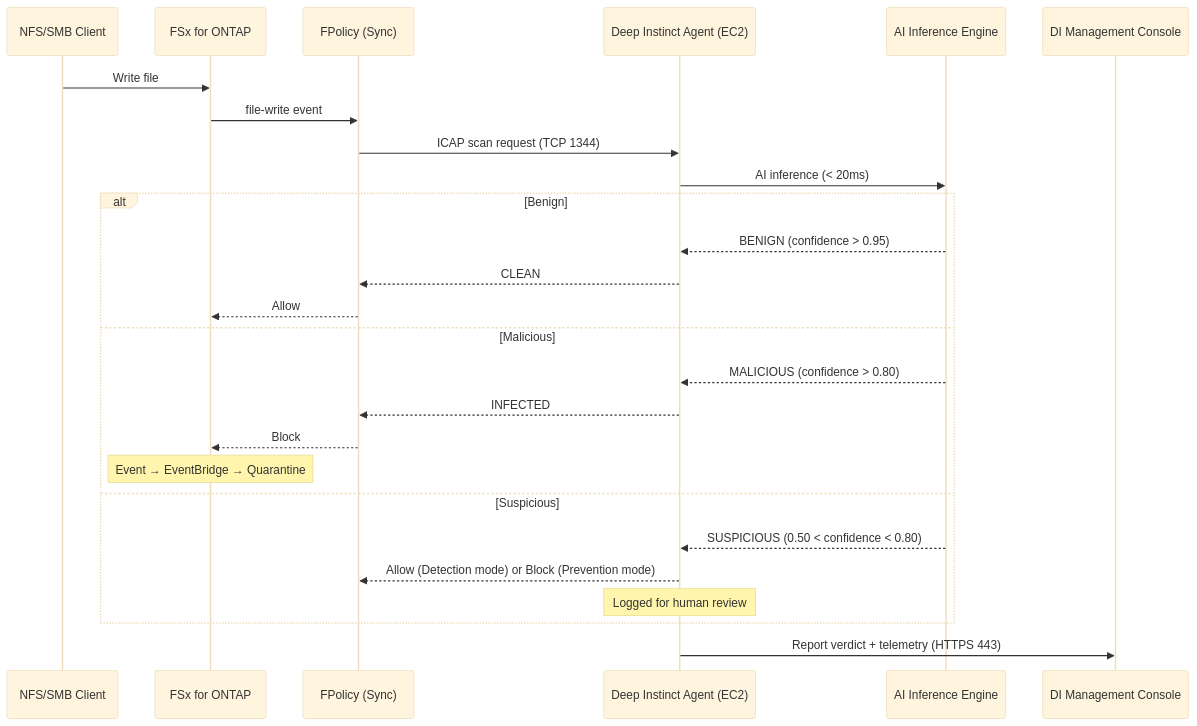
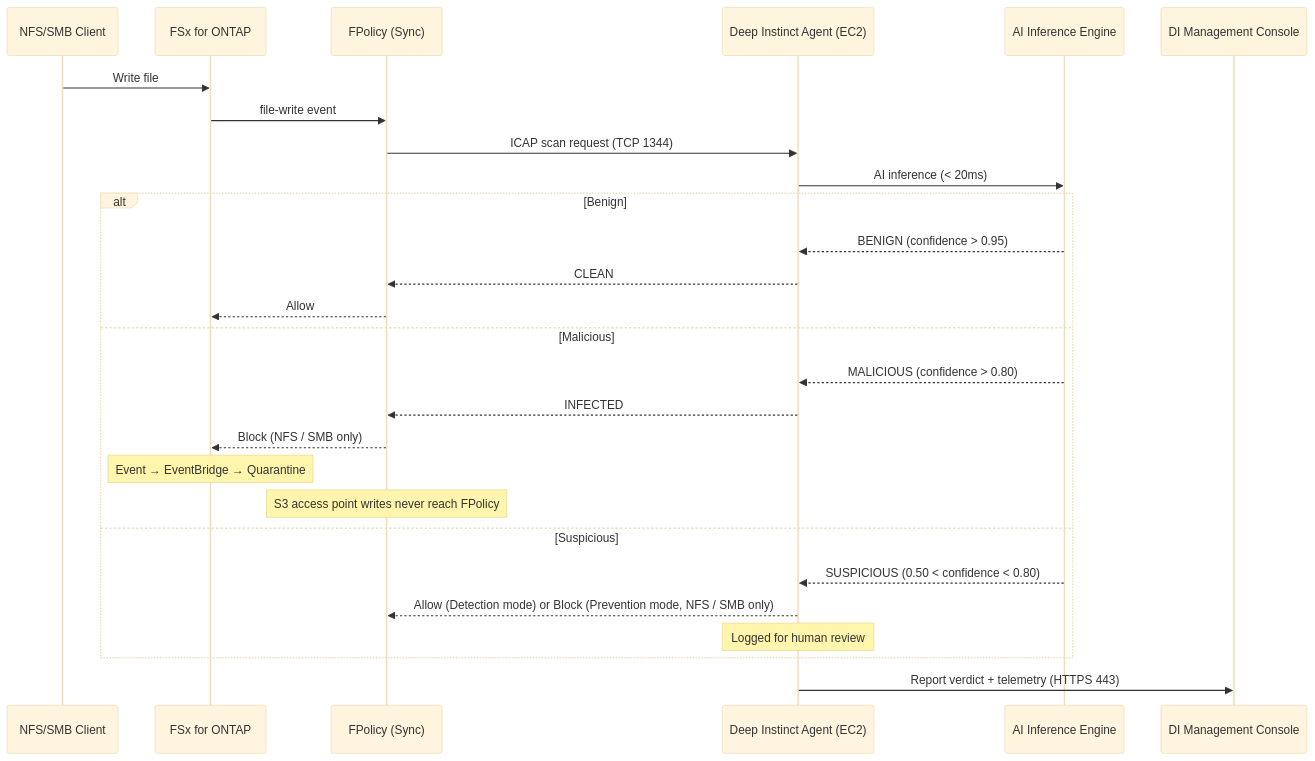
One commit to Yoshiki0705/fsxn-cyber-resilience-patterns changed the diagram in docs/deep-instinct/architecture.md. Above: the diagram before and after it, drawn with Mermaid (base theme). The commit also changed 10 other files, not shown here.

First line of the commit message:
fix: FPolicy is not a control on the S3 Access Point path

````diff
--- a/docs/deep-instinct/architecture.md
+++ b/docs/deep-instinct/architecture.md
@@ -11,31 +11,32 @@
 ```mermaid
 sequenceDiagram
     participant Client as NFS/SMB Client
     participant FSx as FSx for ONTAP
     participant FPolicy as FPolicy (Sync)
     participant DI as Deep Instinct Agent (EC2)
     participant Model as AI Inference Engine
     participant Mgmt as DI Management Console
 
     Client->>FSx: Write file
     FSx->>FPolicy: file-write event
     FPolicy->>DI: ICAP scan request (TCP 1344)
     DI->>Model: AI inference (< 20ms)
     
     alt Benign
         Model-->>DI: BENIGN (confidence > 0.95)
         DI-->>FPolicy: CLEAN
         FPolicy-->>FSx: Allow
     else Malicious
         Model-->>DI: MALICIOUS (confidence > 0.80)
         DI-->>FPolicy: INFECTED
-        FPolicy-->>FSx: Block
+        FPolicy-->>FSx: Block (NFS / SMB only)
         Note over FSx: Event → EventBridge → Quarantine
+        Note over FPolicy: S3 access point writes never reach FPolicy
     else Suspicious
         Model-->>DI: SUSPICIOUS (0.50 < confidence < 0.80)
-        DI-->>FPolicy: Allow (Detection mode) or Block (Prevention mode)
+        DI-->>FPolicy: Allow (Detection mode) or Block (Prevention mode, NFS / SMB only)
         Note over DI: Logged for human review
     end
     
     DI->>Mgmt: Report verdict + telemetry (HTTPS 443)
 ```
````
